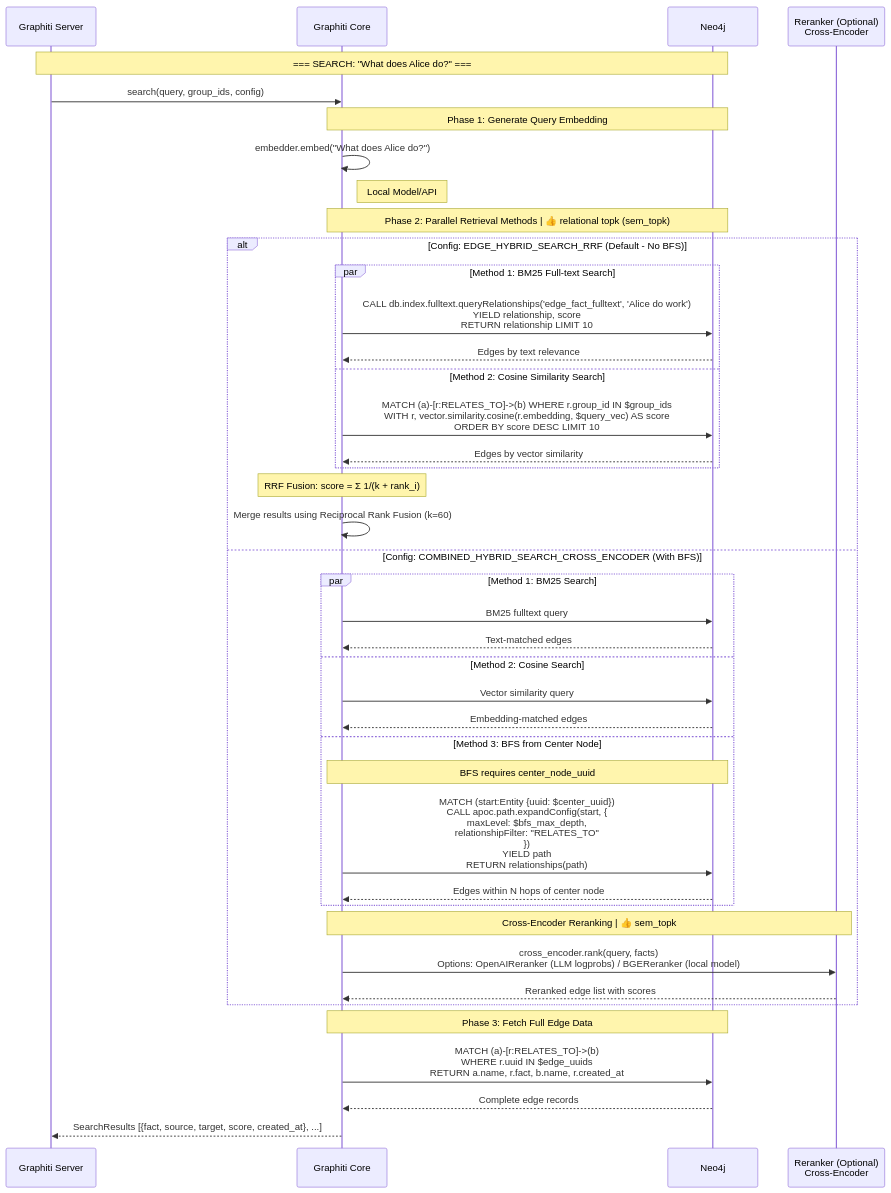
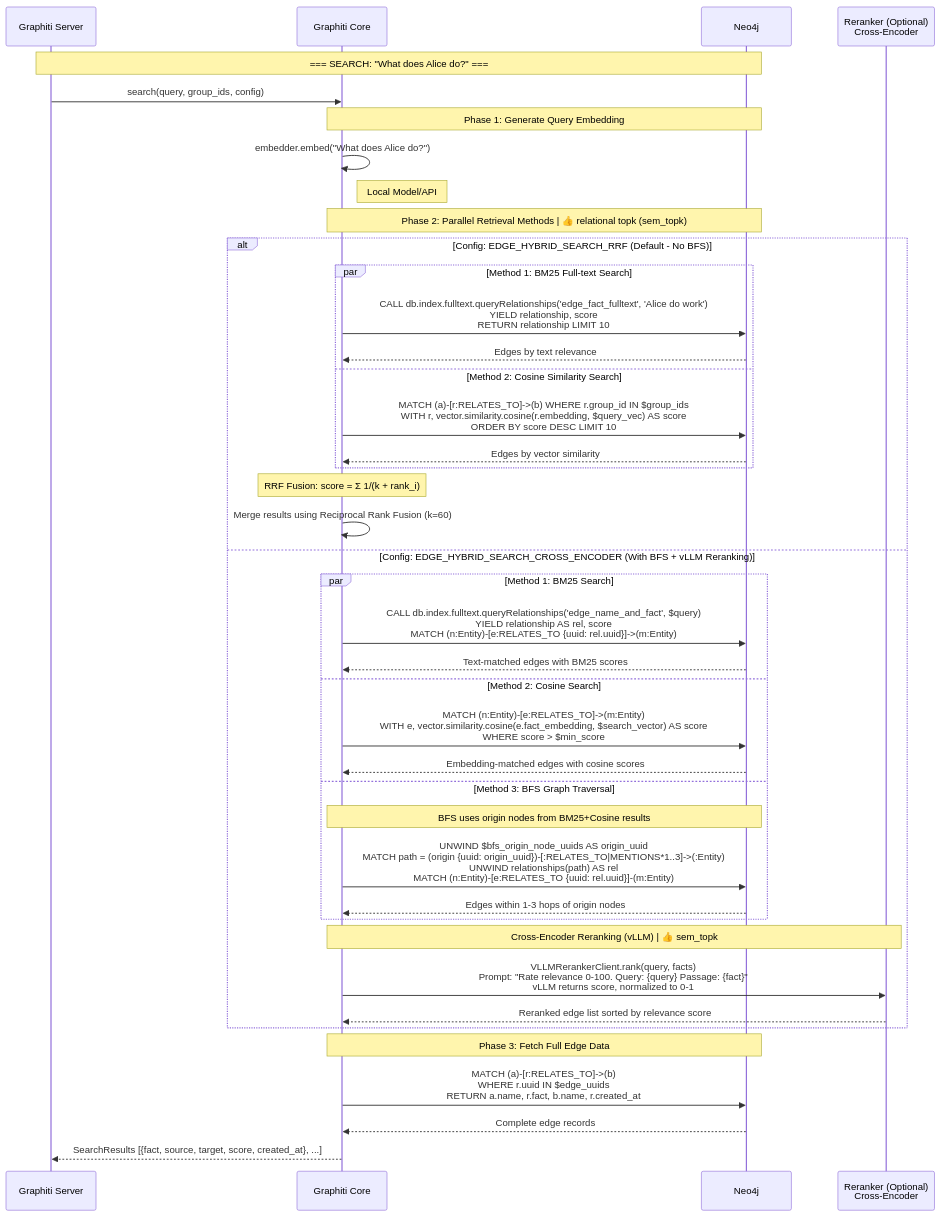
One commit to SleepyLGod/zep-graphiti changed the second of 2 diagrams in examples/neo4j_otel/data_flow.md. Above: the diagram before and after it, drawn with Mermaid. The commit also changed other lines of this file, not shown here.

Commit message:
step by step data flow visualization updated

````diff
--- a/examples/neo4j_otel/data_flow.md
+++ b/examples/neo4j_otel/data_flow.md
@@ -105,53 +869,53 @@
 ```mermaid
 sequenceDiagram
     participant App as Graphiti Server
     participant Core as Graphiti Core
     participant Neo4j as Neo4j
     participant Reranker as Reranker (Optional)<br/>Cross-Encoder
 
     Note over App, Neo4j: === SEARCH: "What does Alice do?" ===
 
     App->>Core: search(query, group_ids, config)
 
     Note over Core, Neo4j: Phase 1: Generate Query Embedding
     Core->>Core: embedder.embed("What does Alice do?")
     Note right of Core: Local Model/API
 
     Note over Core, Neo4j: Phase 2: Parallel Retrieval Methods | 👍 relational topk (sem_topk)
 
     alt Config: EDGE_HYBRID_SEARCH_RRF (Default - No BFS)
         par Method 1: BM25 Full-text Search
             Core->>Neo4j: CALL db.index.fulltext.queryRelationships('edge_fact_fulltext', 'Alice do work')<br/>YIELD relationship, score<br/>RETURN relationship LIMIT 10
             Neo4j-->>Core: Edges by text relevance
         and Method 2: Cosine Similarity Search
             Core->>Neo4j: MATCH (a)-[r:RELATES_TO]->(b) WHERE r.group_id IN $group_ids<br/>WITH r, vector.similarity.cosine(r.embedding, $query_vec) AS score<br/>ORDER BY score DESC LIMIT 10
             Neo4j-->>Core: Edges by vector similarity
         end
         
         Note over Core: RRF Fusion: score = Σ 1/(k + rank_i)
         Core->>Core: Merge results using Reciprocal Rank Fusion (k=60)
 
-    else Config: COMBINED_HYBRID_SEARCH_CROSS_ENCODER (With BFS)
+    else Config: EDGE_HYBRID_SEARCH_CROSS_ENCODER (With BFS + vLLM Reranking)
         par Method 1: BM25 Search
-            Core->>Neo4j: BM25 fulltext query
-            Neo4j-->>Core: Text-matched edges
+            Core->>Neo4j: CALL db.index.fulltext.queryRelationships('edge_name_and_fact', $query)<br/>YIELD relationship AS rel, score<br/>MATCH (n:Entity)-[e:RELATES_TO {uuid: rel.uuid}]->(m:Entity)
+            Neo4j-->>Core: Text-matched edges with BM25 scores
         and Method 2: Cosine Search
-            Core->>Neo4j: Vector similarity query
-            Neo4j-->>Core: Embedding-matched edges
-        and Method 3: BFS from Center Node
-            Note over Core, Neo4j: BFS requires center_node_uuid
-            Core->>Neo4j: MATCH (start:Entity {uuid: $center_uuid})<br/>CALL apoc.path.expandConfig(start, {<br/>  maxLevel: $bfs_max_depth,<br/>  relationshipFilter: "RELATES_TO"<br/>})<br/>YIELD path<br/>RETURN relationships(path)
-            Neo4j-->>Core: Edges within N hops of center node
+            Core->>Neo4j: MATCH (n:Entity)-[e:RELATES_TO]->(m:Entity)<br/>WITH e, vector.similarity.cosine(e.fact_embedding, $search_vector) AS score<br/>WHERE score > $min_score
+            Neo4j-->>Core: Embedding-matched edges with cosine scores
+        and Method 3: BFS Graph Traversal
+            Note over Core, Neo4j: BFS uses origin nodes from BM25+Cosine results
+            Core->>Neo4j: UNWIND $bfs_origin_node_uuids AS origin_uuid<br/>MATCH path = (origin {uuid: origin_uuid})-[:RELATES_TO|MENTIONS*1..3]->(:Entity)<br/>UNWIND relationships(path) AS rel<br/>MATCH (n:Entity)-[e:RELATES_TO {uuid: rel.uuid}]-(m:Entity)
+            Neo4j-->>Core: Edges within 1-3 hops of origin nodes
         end
 
-        Note over Core, Reranker: Cross-Encoder Reranking | 👍 sem_topk
-        Core->>Reranker: cross_encoder.rank(query, facts)<br/>Options: OpenAIReranker (LLM logprobs) / BGEReranker (local model)
-        Reranker-->>Core: Reranked edge list with scores
+        Note over Core, Reranker: Cross-Encoder Reranking (vLLM) | 👍 sem_topk
+        Core->>Reranker: VLLMRerankerClient.rank(query, facts)<br/>Prompt: "Rate relevance 0-100. Query: {query} Passage: {fact}"<br/>vLLM returns score, normalized to 0-1
+        Reranker-->>Core: Reranked edge list sorted by relevance score
     end
 
     Note over Core, Neo4j: Phase 3: Fetch Full Edge Data
     Core->>Neo4j: MATCH (a)-[r:RELATES_TO]->(b)<br/>WHERE r.uuid IN $edge_uuids<br/>RETURN a.name, r.fact, b.name, r.created_at
     Neo4j-->>Core: Complete edge records
 
     Core-->>App: SearchResults [{fact, source, target, score, created_at}, ...]
 ```
````
